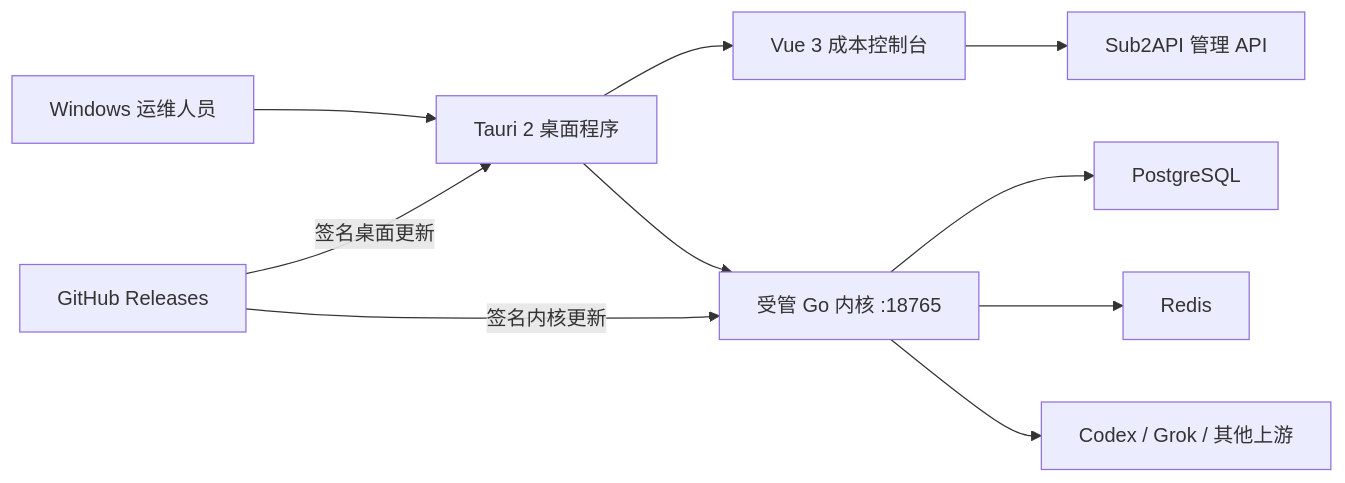
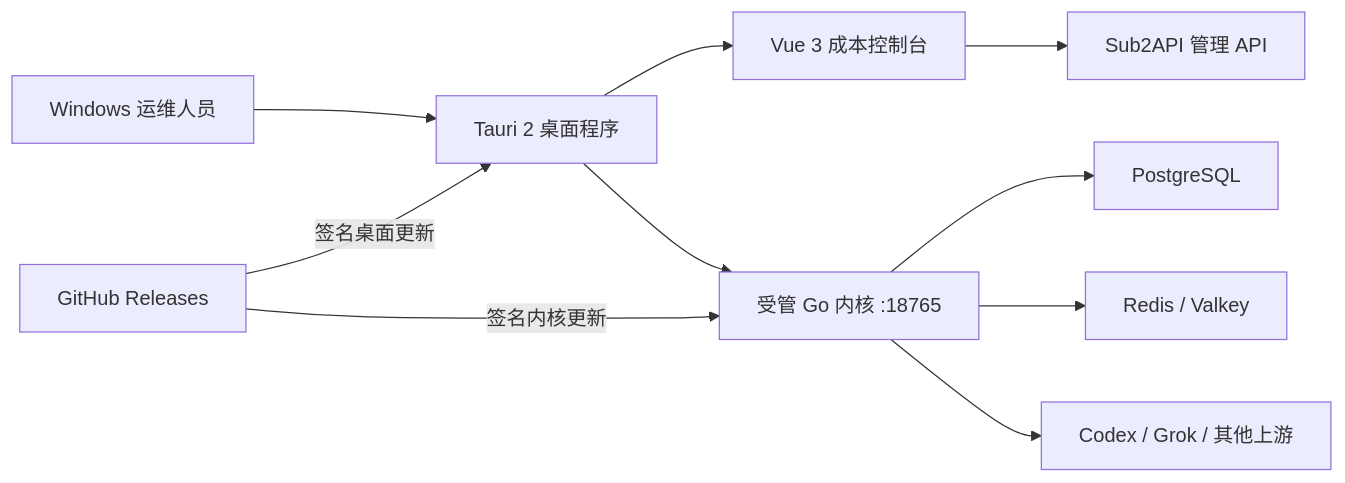
Before and after one commit to rw0104/sub2api-cost-console: the diagram in README.md, drawn with Mermaid. The commit also changed other lines of this file and 12 other files, not shown here.

````diff
--- a/README.md
+++ b/README.md
@@ -80,12 +80,12 @@
 ```mermaid
 flowchart LR
     Operator["Windows 运维人员"] --> Desktop["Tauri 2 桌面程序"]
     Desktop --> UI["Vue 3 成本控制台"]
     Desktop --> Core["受管 Go 内核 :18765"]
     UI --> API["Sub2API 管理 API"]
     Core --> PG["PostgreSQL"]
-    Core --> Redis["Redis"]
+    Core --> Redis["Redis / Valkey"]
     Core --> Providers["Codex / Grok / 其他上游"]
     Releases["GitHub Releases"] -->|签名桌面更新| Desktop
     Releases -->|签名内核更新| Core
 ```
````
